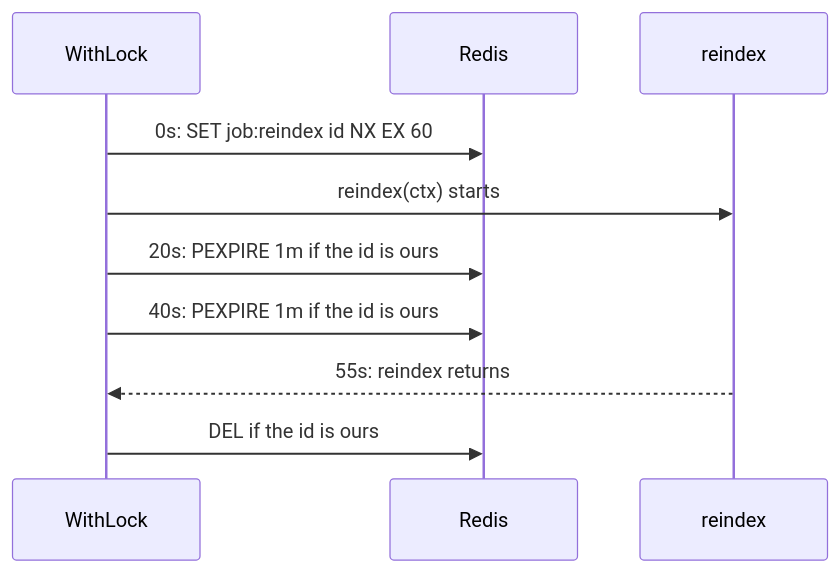
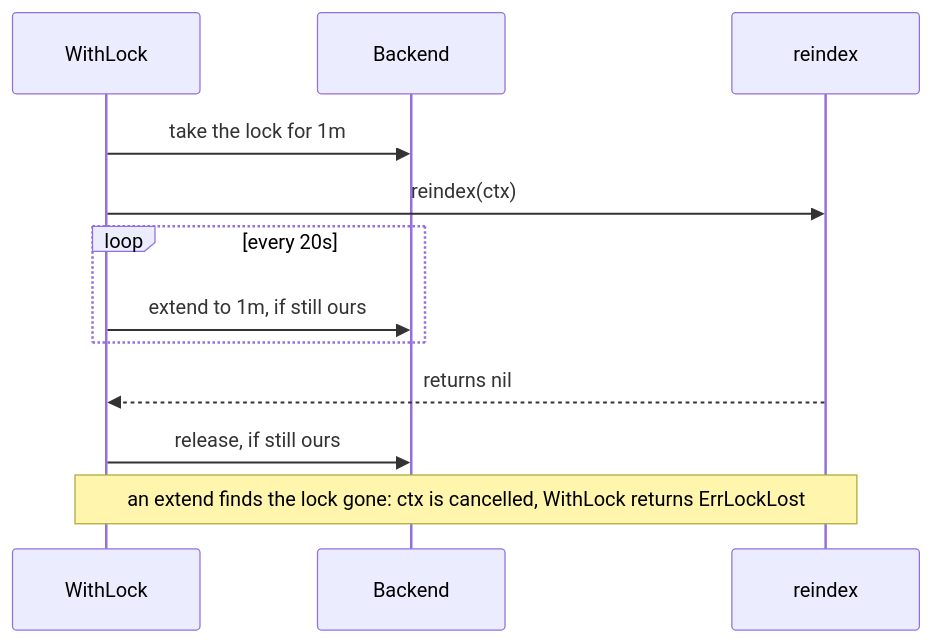
The first of 2 diagrams in docs/en/concepts/locks.md (eugeneliukindev/gashe), drawn with Mermaid before and after one commit. The commit also changed other lines of this file and 195 other files, not shown here.

````diff
--- a/docs/en/concepts/locks.md
+++ b/docs/en/concepts/locks.md
@@ -18,12 +24,14 @@
 ```mermaid
 sequenceDiagram
     participant W as WithLock
-    participant R as Redis
+    participant K as Backend
     participant F as reindex
-    W->>R: 0s: SET job:reindex id NX EX 60
-    W->>F: reindex(ctx) starts
-    W->>R: 20s: PEXPIRE 1m if the id is ours
-    W->>R: 40s: PEXPIRE 1m if the id is ours
-    F-->>W: 55s: reindex returns
-    W->>R: DEL if the id is ours
+    W->>K: take the lock for 1m
+    W->>F: reindex(ctx)
+    loop every 20s
+        W->>K: extend to 1m, if still ours
+    end
+    F-->>W: returns nil
+    W->>K: release, if still ours
+    Note over W,F: an extend finds the lock gone: ctx is cancelled, WithLock returns ErrLockLost
 ```
````
